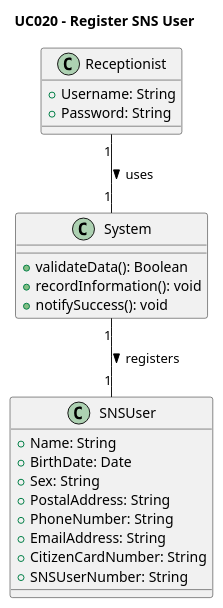
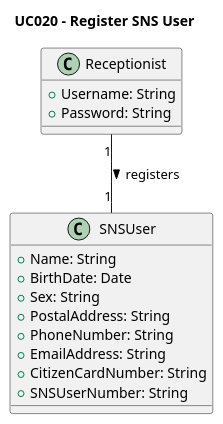
Before and after one commit to rafaafig/SnsTrab: the diagram in sns-base/doc/global/use-cases/UC020/ucd-UCD020.puml, drawn with PlantUML. The commit also changed 10 other files, not shown here.

```diff
--- a/sns-base/doc/global/use-cases/UC020/ucd-UCD020.puml
+++ b/sns-base/doc/global/use-cases/UC020/ucd-UCD020.puml
@@ -1,34 +1,26 @@
 @startuml
 skinparam monochrome false
 skinparam shadowing false
 
 title UC020 - Register SNS User
 
 class Receptionist {
     +Username: String
     +Password: String
 }
 
 class SNSUser {
     +Name: String
     +BirthDate: Date
     +Sex: String
     +PostalAddress: String
     +PhoneNumber: String
     +EmailAddress: String
     +CitizenCardNumber: String
     +SNSUserNumber: String
 }
 
-class System {
-    +validateData(): Boolean
-    +recordInformation(): void
-    +notifySuccess(): void
-}
-
 ' Relationships
-Receptionist "1" -- "1" System : uses >
-System "1" -- "1" SNSUser : registers >
-
+Receptionist "1" -- "1" SNSUser : registers >
 
 @enduml
```
